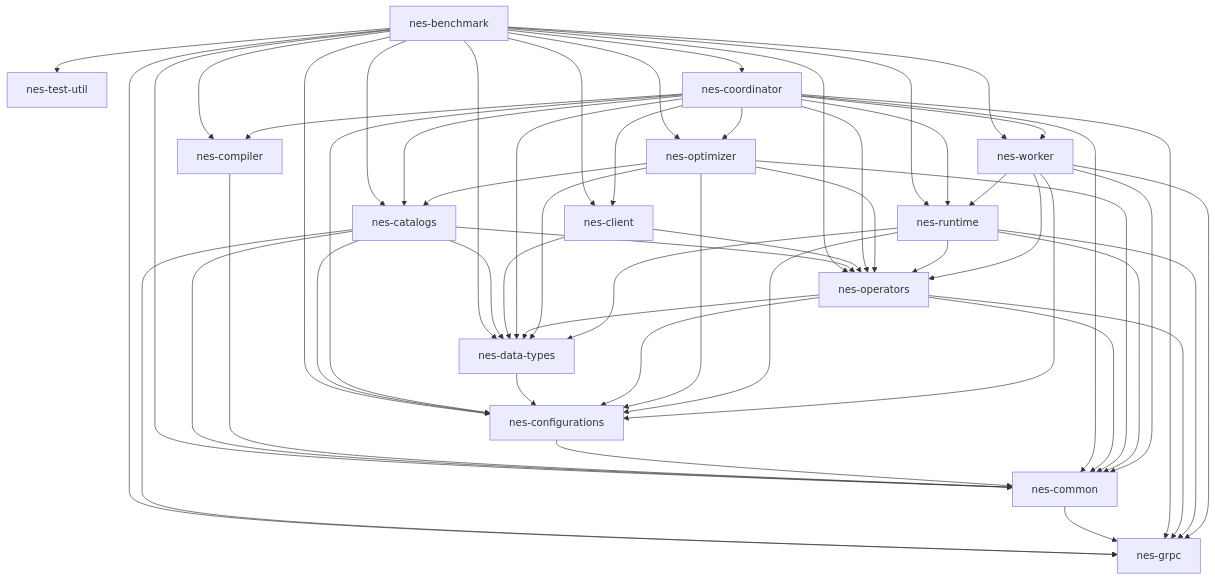
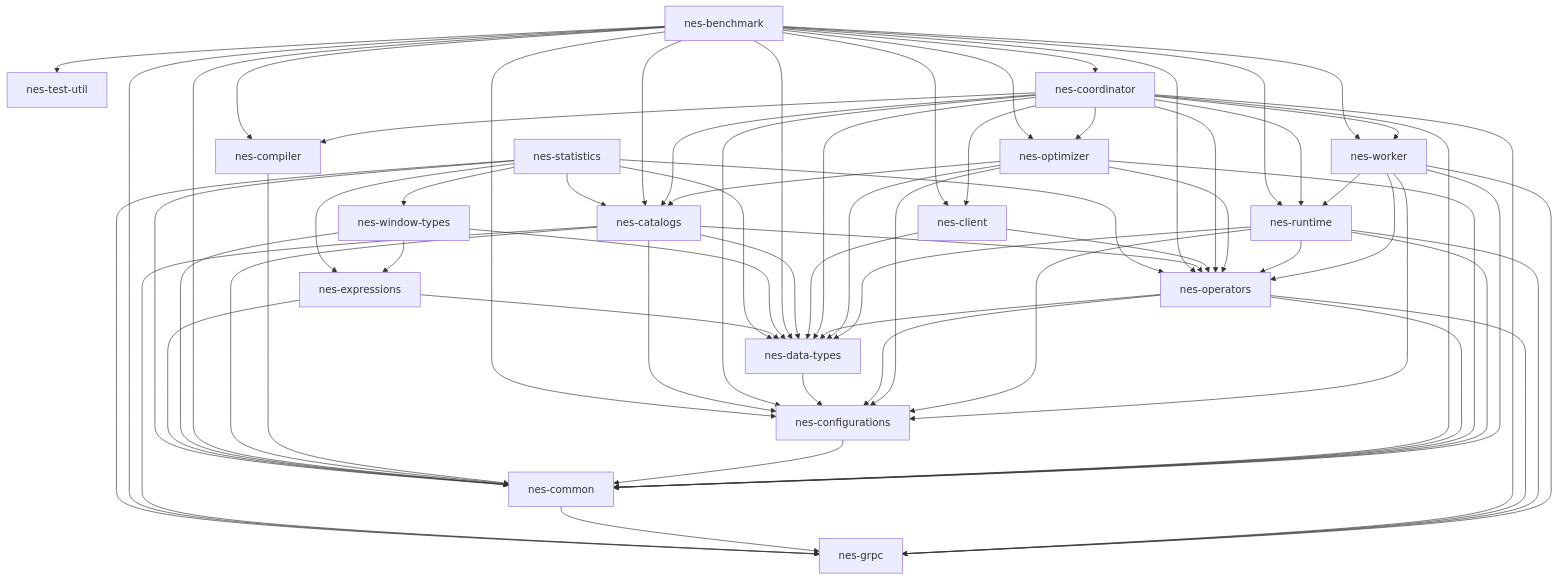
The diagram in README.md (nebulastream/nebulastream), drawn with Mermaid before and after one commit. The commit also changed other lines of this file and 542 other files, not shown here.

````diff
--- a/README.md
+++ b/README.md
@@ -42,57 +45,69 @@
 ```mermaid
 graph TD;
+nes-statistics-->nes-common
+nes-statistics-->nes-grpc
+nes-statistics-->nes-data-types
+nes-statistics-->nes-expressions
+nes-statistics-->nes-window-types
+nes-statistics-->nes-catalogs
+nes-statistics-->nes-operators
+nes-expressions-->nes-common
+nes-expressions-->nes-data-types
+nes-window-types-->nes-common
+nes-window-types-->nes-data-types
+nes-window-types-->nes-expressions
 nes-benchmark-->nes-common
 nes-benchmark-->nes-data-types
 nes-benchmark-->nes-operators
 nes-benchmark-->nes-grpc
 nes-benchmark-->nes-catalogs
 nes-benchmark-->nes-optimizer
 nes-benchmark-->nes-compiler
 nes-benchmark-->nes-runtime
 nes-benchmark-->nes-test-util
 nes-benchmark-->nes-client
 nes-benchmark-->nes-coordinator
 nes-benchmark-->nes-worker
 nes-benchmark-->nes-configurations
 nes-catalogs-->nes-common
 nes-catalogs-->nes-grpc
 nes-catalogs-->nes-data-types
 nes-catalogs-->nes-operators
 nes-catalogs-->nes-configurations
 nes-client-->nes-data-types
 nes-client-->nes-operators
 nes-common-->nes-grpc
 nes-compiler-->nes-common
 nes-configurations-->nes-common
 nes-coordinator-->nes-common
 nes-coordinator-->nes-grpc
 nes-coordinator-->nes-operators
 nes-coordinator-->nes-compiler
 nes-coordinator-->nes-catalogs
 nes-coordinator-->nes-runtime
 nes-coordinator-->nes-optimizer
 nes-coordinator-->nes-worker
 nes-coordinator-->nes-client
 nes-coordinator-->nes-data-types
 nes-coordinator-->nes-configurations
 nes-data-types-->nes-configurations
 nes-operators-->nes-common
 nes-operators-->nes-configurations
 nes-operators-->nes-data-types
 nes-operators-->nes-grpc
 nes-optimizer-->nes-common
 nes-optimizer-->nes-data-types
 nes-optimizer-->nes-configurations
 nes-optimizer-->nes-operators
 nes-optimizer-->nes-catalogs
 nes-runtime-->nes-common
 nes-runtime-->nes-grpc
 nes-runtime-->nes-data-types
 nes-runtime-->nes-operators
 nes-runtime-->nes-configurations
 nes-worker-->nes-common
 nes-worker-->nes-runtime
 nes-worker-->nes-grpc
 nes-worker-->nes-configurations
 nes-worker-->nes-operators
 ```
````
